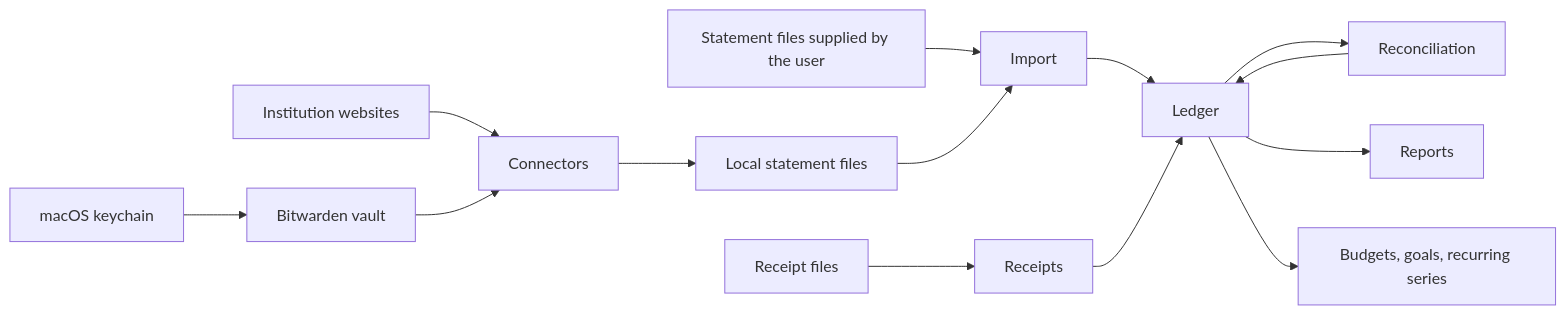
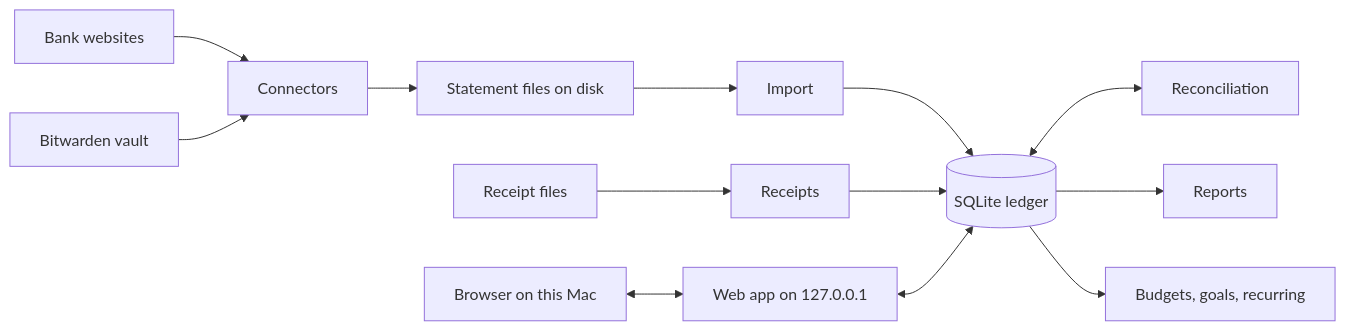
One commit to spinningyoyo/omsync changed the first of 3 diagrams in docs/architecture/system.md. Above: the diagram before and after it, drawn with Mermaid. The commit also changed other lines of this file and 140 other files, not shown here.

````diff
--- a/docs/architecture/system.md
+++ b/docs/architecture/system.md
@@ -36,16 +11,14 @@
 ```mermaid
 flowchart LR
-    Institutions[Institution websites] --> Connectors
-    Files[Statement files supplied by the user] --> Import
-    Connectors --> FilesOnDisk[Local statement files]
-    FilesOnDisk --> Import
-    Import --> Ledger
-    VendorFiles[Receipt files] --> Receipts
-    Receipts --> Ledger
-    Ledger --> Reconciliation
-    Reconciliation --> Ledger
+    Banks[Bank websites] --> Connectors
+    Vault[Bitwarden vault] --> Connectors
+    Connectors --> Files[Statement files on disk]
+    Files --> Import
+    Import --> Ledger[(SQLite ledger)]
+    ReceiptFiles[Receipt files] --> Receipts --> Ledger
+    Ledger <--> Reconciliation
     Ledger --> Reports
-    Ledger --> Planning[Budgets, goals, recurring series]
-    Vault[Bitwarden vault] --> Connectors
-    Keychain[macOS keychain] --> Vault
+    Ledger --> Plan[Budgets, goals, recurring]
+    Browser[Browser on this Mac] <--> Web[Web app on 127.0.0.1]
+    Web <--> Ledger
 ```
````
